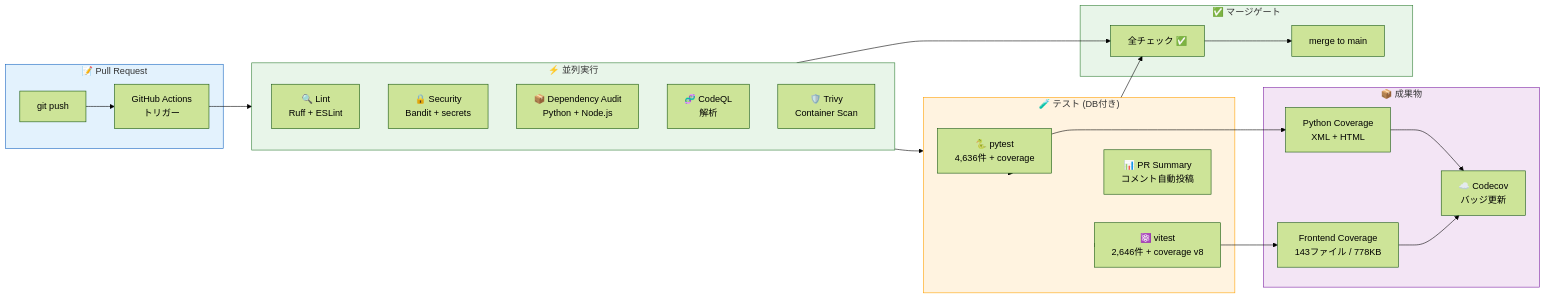
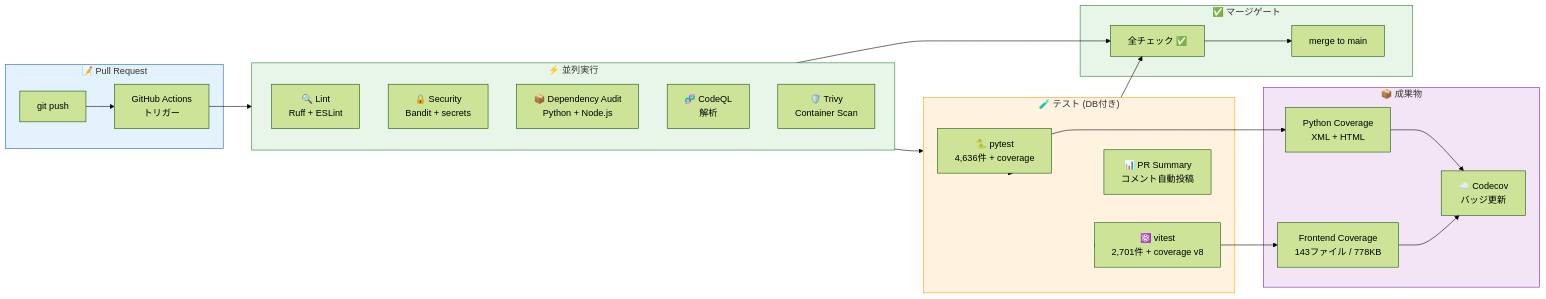
One commit to Kensan196948G/AEGIS-SIGHT changed the first of 6 diagrams in README.md. Above: the diagram before and after it, drawn with Mermaid (forest theme). The commit also changed other lines of this file and 9 other files, not shown here.

````diff
--- a/README.md
+++ b/README.md
@@ -144,46 +144,46 @@
 ```mermaid
 flowchart LR
     subgraph PR["📝 Pull Request"]
         PUSH["git push"] --> TRIGGER["GitHub Actions\nトリガー"]
     end
 
     subgraph PARALLEL["⚡ 並列実行"]
         direction TB
         LINT["🔍 Lint\nRuff + ESLint"]
         SEC["🔒 Security\nBandit + secrets"]
         DEPS["📦 Dependency Audit\nPython + Node.js"]
         CODEQL["🧬 CodeQL\n解析"]
         TRIVY["🛡️ Trivy\nContainer Scan"]
     end
 
     subgraph TEST["🧪 テスト (DB付き)"]
         PYTEST["🐍 pytest\n4,636件 + coverage"]
-        VITEST["⚛️ vitest\n2,646件 + coverage v8"]
+        VITEST["⚛️ vitest\n2,701件 + coverage v8"]
         REPORT["📊 PR Summary\nコメント自動投稿"]
     end
 
     subgraph ARTIFACTS["📦 成果物"]
         PY_COV["Python Coverage\nXML + HTML"]
         FE_COV["Frontend Coverage\n143ファイル / 778KB"]
         CODECOV["☁️ Codecov\nバッジ更新"]
     end
 
     subgraph GATE["✅ マージゲート"]
         GREEN["全チェック ✅"] --> MERGE["merge to main"]
     end
 
     TRIGGER --> PARALLEL
     PARALLEL --> TEST
     TEST --> PYTEST & VITEST
     PYTEST --> PY_COV
     VITEST --> FE_COV
     PY_COV & FE_COV --> CODECOV
     TEST --> REPORT
     PARALLEL & TEST --> GREEN
 
     style PR fill:#E3F2FD,stroke:#1565C0
     style PARALLEL fill:#E8F5E9,stroke:#2E7D32
     style TEST fill:#FFF3E0,stroke:#FFA000
     style ARTIFACTS fill:#F3E5F5,stroke:#7B1FA2
     style GATE fill:#E8F5E9,stroke:#2E7D32
 ```
````
